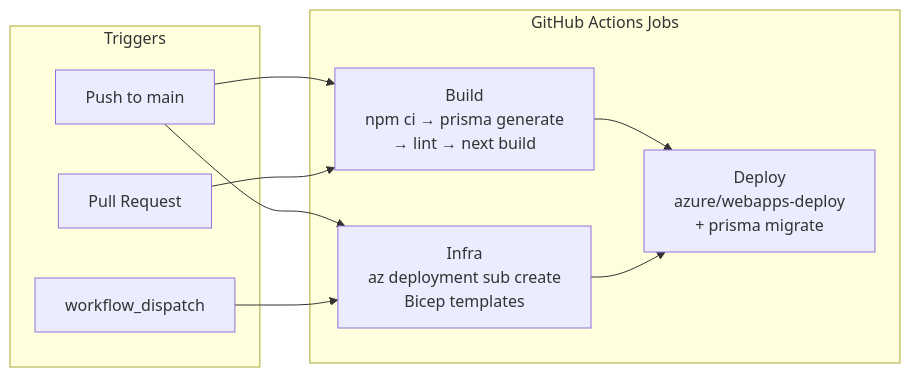
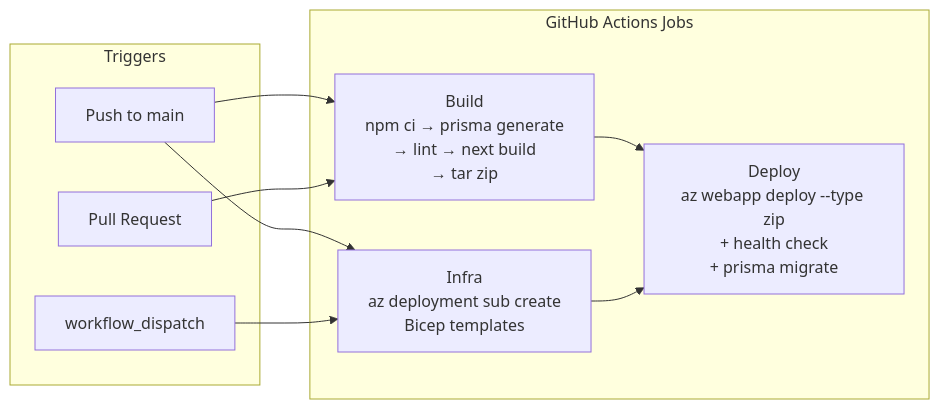
One commit to haslam93/FamilyTravelApp changed the sixth of 6 diagrams in ARCHITECTURE.md. Above: the diagram before and after it, drawn with Mermaid. The commit also changed 51 other files, not shown here.

````diff
--- a/ARCHITECTURE.md
+++ b/ARCHITECTURE.md
@@ -240,21 +240,21 @@
 ```mermaid
 graph LR
     subgraph Trigger["Triggers"]
         PUSH["Push to main"]
         PR["Pull Request"]
         MANUAL["workflow_dispatch"]
     end
 
     subgraph Jobs["GitHub Actions Jobs"]
-        BUILD["Build<br/>npm ci → prisma generate<br/>→ lint → next build"]
+        BUILD["Build<br/>npm ci → prisma generate<br/>→ lint → next build<br/>→ tar zip"]
         INFRA["Infra<br/>az deployment sub create<br/>Bicep templates"]
-        DEPLOY["Deploy<br/>azure/webapps-deploy<br/>+ prisma migrate"]
+        DEPLOY["Deploy<br/>az webapp deploy --type zip<br/>+ health check<br/>+ prisma migrate"]
     end
 
     PUSH --> BUILD
     PR --> BUILD
     PUSH --> INFRA
     MANUAL --> INFRA
     BUILD --> DEPLOY
     INFRA --> DEPLOY
 ```
````
